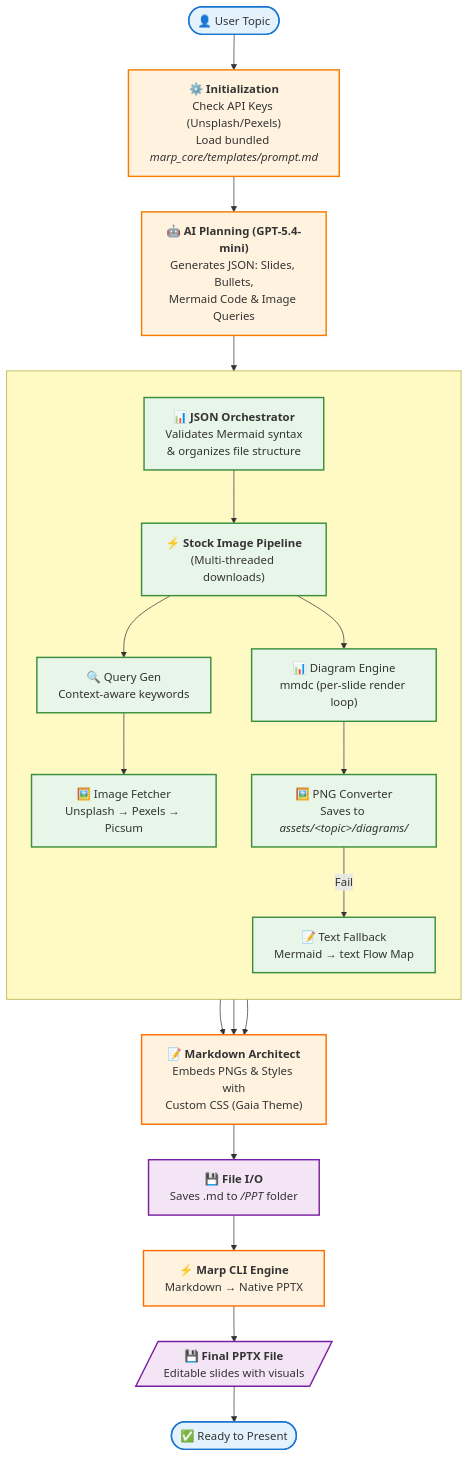
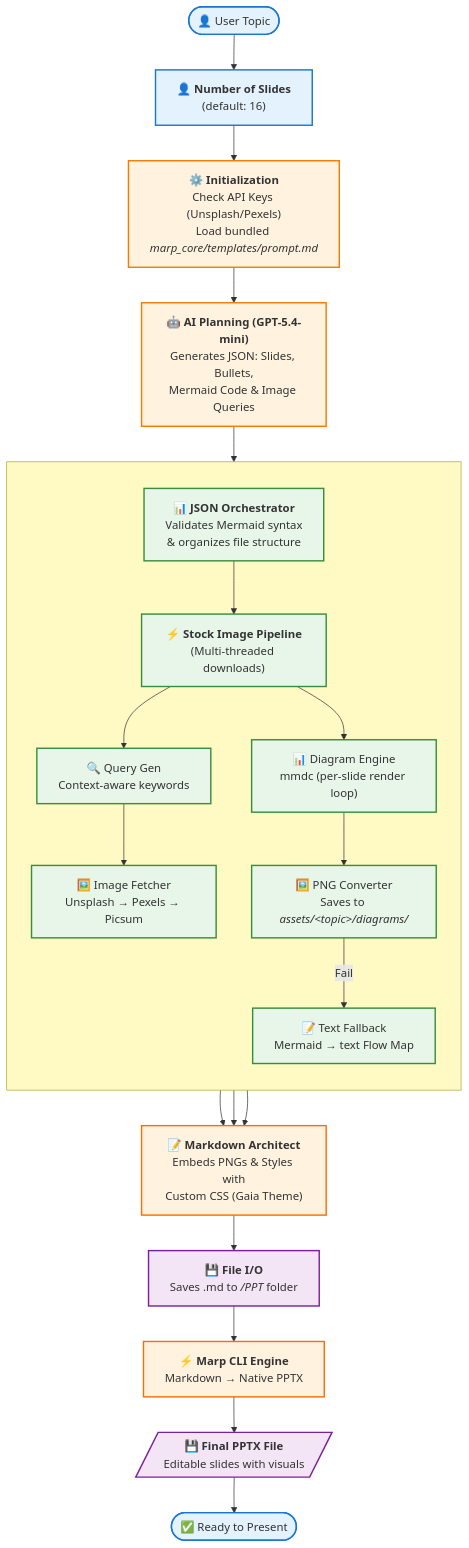
One commit to soumadip1/ai-marp-slidegen changed the diagram in md/flow_diagram.md. Above: the diagram before and after it, drawn with Mermaid. The commit also changed 3 other files, not shown here.

Commit message:
Documentation and flow diagram updated for new changes

````diff
--- a/md/flow_diagram.md
+++ b/md/flow_diagram.md
@@ -5,52 +5,54 @@
 ```mermaid
 flowchart TB
  subgraph ThreadPool[" "]
      direction TB
         T1["⚡ <b>Stock Image Pipeline</b><br>(Multi-threaded downloads)"]
         Parse["📊 <b>JSON Orchestrator</b><br>Validates Mermaid syntax<br>&amp; organizes file structure"]
         F1["🔍 Query Gen<br>Context-aware keywords"]
         F2["🖼️ Image Fetcher<br>Unsplash → Pexels → Picsum"]
         M1["📊 Diagram Engine<br>mmdc (per-slide render loop)"]
         M2["🖼️ PNG Converter<br>Saves to <i>assets/&lt;topic&gt;/diagrams/</i>"]
         Fallback["📝 Text Fallback<br>Mermaid → text Flow Map"]
   end
-    Start(["👤 User Topic"]) --> API["⚙️ <b>Initialization</b><br>Check API Keys (Unsplash/Pexels)<br>Load bundled <i>marp_core/templates/prompt.md</i>"]
+    Start(["👤 User Topic"]) --> NumSlides["👤 <b>Number of Slides</b><br>(default: 16)"]
+    NumSlides --> API["⚙️ <b>Initialization</b><br>Check API Keys (Unsplash/Pexels)<br>Load bundled <i>marp_core/templates/prompt.md</i>"]
     API --> GPT["🤖 <b>AI Planning (GPT-5.4-mini)</b><br>Generates JSON: Slides, Bullets,<br>Mermaid Code &amp; Image Queries"]
     GPT --> Parse
     Parse --> T1
     T1 --> F1 & M1
     F1 --> F2
     M1 --> M2
     M2 -- Fail --> Fallback
     F2 --> MD["📝 <b>Markdown Architect</b><br>Embeds PNGs &amp; Styles with<br>Custom CSS (Gaia Theme)"]
     M2 --> MD
     Fallback --> MD
     MD --> Save["💾 <b>File I/O</b><br>Saves .md to <i>/PPT</i> folder"]
     Save --> Marp["⚡ <b>Marp CLI Engine</b><br>Markdown → Native PPTX"]
     Marp --> Final[/"💾 <b>Final PPTX File</b><br>Editable slides with visuals"/]
     Final --> End(["✅ Ready to Present"])
 
      T1:::engine
      Parse:::tech
      F1:::engine
      F2:::engine
      M1:::engine
      M2:::engine
      Fallback:::engine
      Start:::user
+     NumSlides:::user
      API:::tech
      GPT:::tech
      MD:::engine
      Save:::output
      Marp:::engine
      Final:::output
      End:::user
     classDef user fill:#e3f2fd,stroke:#1976d2,stroke-width:2px
     classDef tech fill:#fff3e0,stroke:#f57c00,stroke-width:2px
     classDef engine fill:#e8f5e9,stroke:#388e3c,stroke-width:2px
     classDef output fill:#f3e5f5,stroke:#7b1fa2,stroke-width:2px
     style Parse stroke:#388e3c,fill:#e8f5e9,stroke-width:2px,stroke-dasharray: 0
     style MD fill:#fff3e0,stroke:#FF6D00
     style Marp stroke:#FF6D00,fill:#fff3e0
     style ThreadPool fill:#FFF9C4
 ```
````
